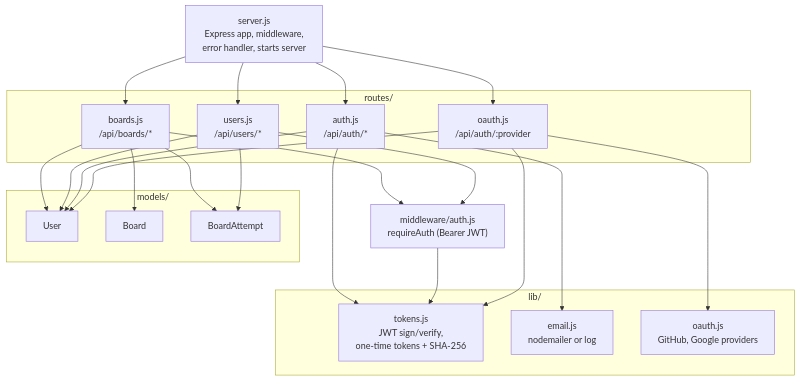
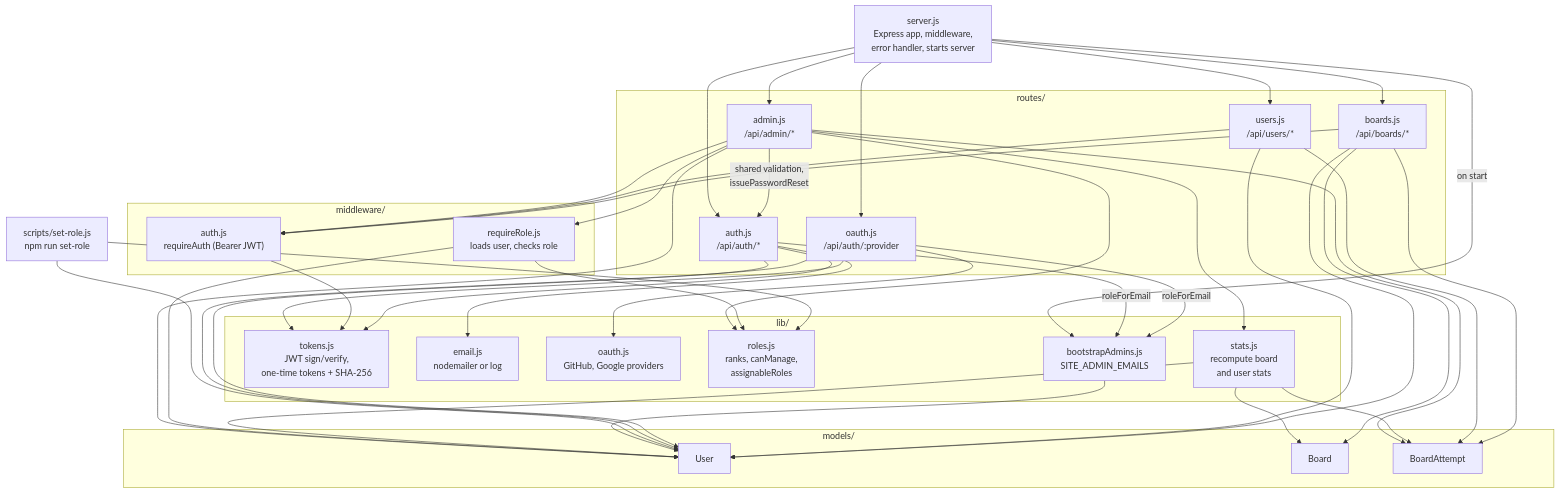
One commit to Skatboards/COP4331-MERN-Project changed the third of 4 diagrams in docs/system-design.md. Above: the diagram before and after it, drawn with Mermaid. The commit also changed 20 other files, not shown here.

First line of the commit message:
Document roles and the admin dashboard

````diff
--- a/docs/system-design.md
+++ b/docs/system-design.md
@@ -75,36 +75,54 @@
 ```mermaid
 flowchart TB
     server["server.js<br/>Express app, middleware,<br/>error handler, starts server"]
 
     subgraph routes["routes/"]
         auth["auth.js<br/>/api/auth/*"]
         oauthRoute["oauth.js<br/>/api/auth/:provider"]
         users["users.js<br/>/api/users/*"]
         boards["boards.js<br/>/api/boards/*"]
+        admin["admin.js<br/>/api/admin/*"]
     end
 
-    mw["middleware/auth.js<br/>requireAuth (Bearer JWT)"]
+    subgraph middleware["middleware/"]
+        mw["auth.js<br/>requireAuth (Bearer JWT)"]
+        roleMw["requireRole.js<br/>loads user, checks role"]
+    end
 
     subgraph lib["lib/"]
         tokens["tokens.js<br/>JWT sign/verify,<br/>one-time tokens + SHA-256"]
         email["email.js<br/>nodemailer or log"]
         oauthLib["oauth.js<br/>GitHub, Google providers"]
+        roles["roles.js<br/>ranks, canManage,<br/>assignableRoles"]
+        stats["stats.js<br/>recompute board<br/>and user stats"]
+        bootstrap["bootstrapAdmins.js<br/>SITE_ADMIN_EMAILS"]
     end
+
+    setRole["scripts/set-role.js<br/>npm run set-role"]
 
     subgraph models["models/"]
         User
         Board
         BoardAttempt
     end
 
-    server --> auth & oauthRoute & users & boards
+    server --> auth & oauthRoute & users & boards & admin
+    server -->|"on start"| bootstrap
+    admin --> mw & roleMw
+    admin --> roles & stats & User & BoardAttempt
+    admin -->|"shared validation,<br/>issuePasswordReset"| auth
+    roleMw --> roles & User
+    stats --> Board & User & BoardAttempt
+    auth & oauthRoute -->|"roleForEmail"| bootstrap
+    bootstrap --> User
+    setRole --> roles & User
     oauthRoute --> oauthLib & tokens & User
     users --> mw
     boards --> mw
     mw --> tokens
     auth --> tokens
     auth --> email
     auth --> User
     users --> User & BoardAttempt
     boards --> User & Board & BoardAttempt
 ```
````
